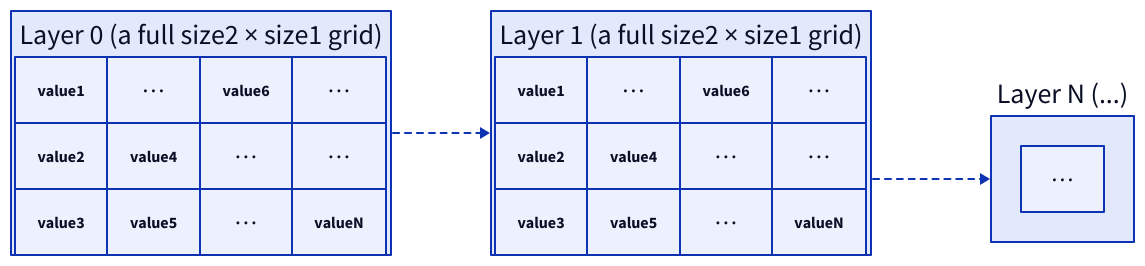
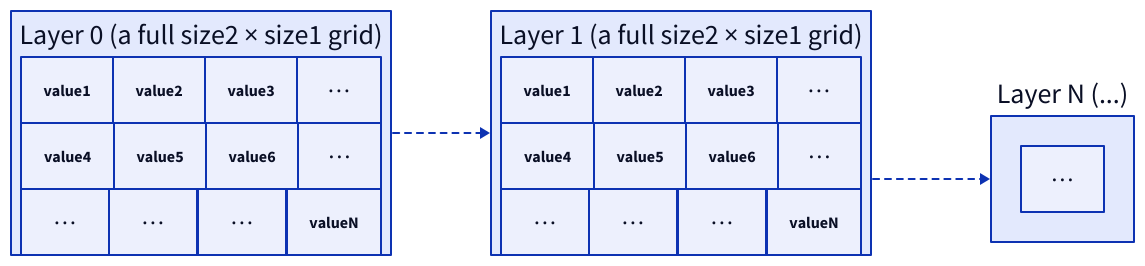
Before and after one commit to ani2fun/codefolio: the ninth of 50 diagrams in content/cortex/data-structures-and-algorithms/01-data-structures/01-arrays/02-multidimensional.md, drawn with D2. The commit also changed other lines of this file and 352 other files, not shown here.

First line of the commit message:
Architectural deepening: pipelines, content, icons, AsyncResult

````diff
--- a/content/cortex/data-structures-and-algorithms/01-data-structures/01-arrays/02-multidimensional.md
+++ b/content/cortex/data-structures-and-algorithms/01-data-structures/01-arrays/02-multidimensional.md
@@ -599,42 +576,42 @@
 ```d2
 direction: right
 
 L0: "Layer 0  (a full size2 × size1 grid)" {
-  grid-columns: 4
+  grid-rows: 3
   grid-gap: 0
   a: value1
   b: value2
   c: value3
   d: "· · ·"
   e: value4
   f: value5
   g: value6
   h: "· · ·"
   i: "· · ·"
   j: "· · ·"
   k: "· · ·"
   l: valueN
 }
 L1: "Layer 1  (a full size2 × size1 grid)" {
-  grid-columns: 4
+  grid-rows: 3
   grid-gap: 0
   a: value1
   b: value2
   c: value3
   d: "· · ·"
   e: value4
   f: value5
   g: value6
   h: "· · ·"
   i: "· · ·"
   j: "· · ·"
   k: "· · ·"
   l: valueN
 }
 LN: "Layer N (...)" {
   a: "· · ·"
 }
 
 L0 -> L1: "" {style.stroke-dash: 3}
 L1 -> LN: "" {style.stroke-dash: 3}
 ```
````
